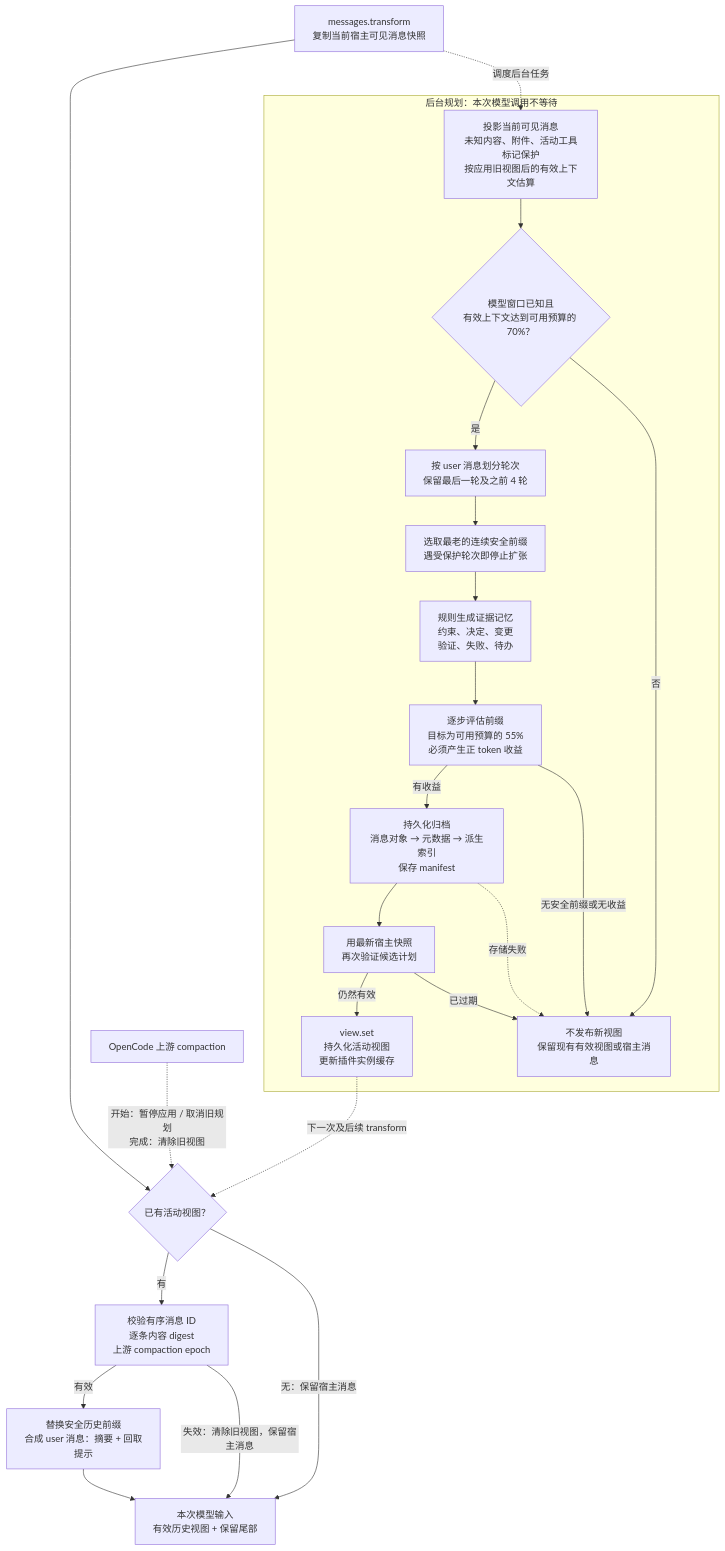
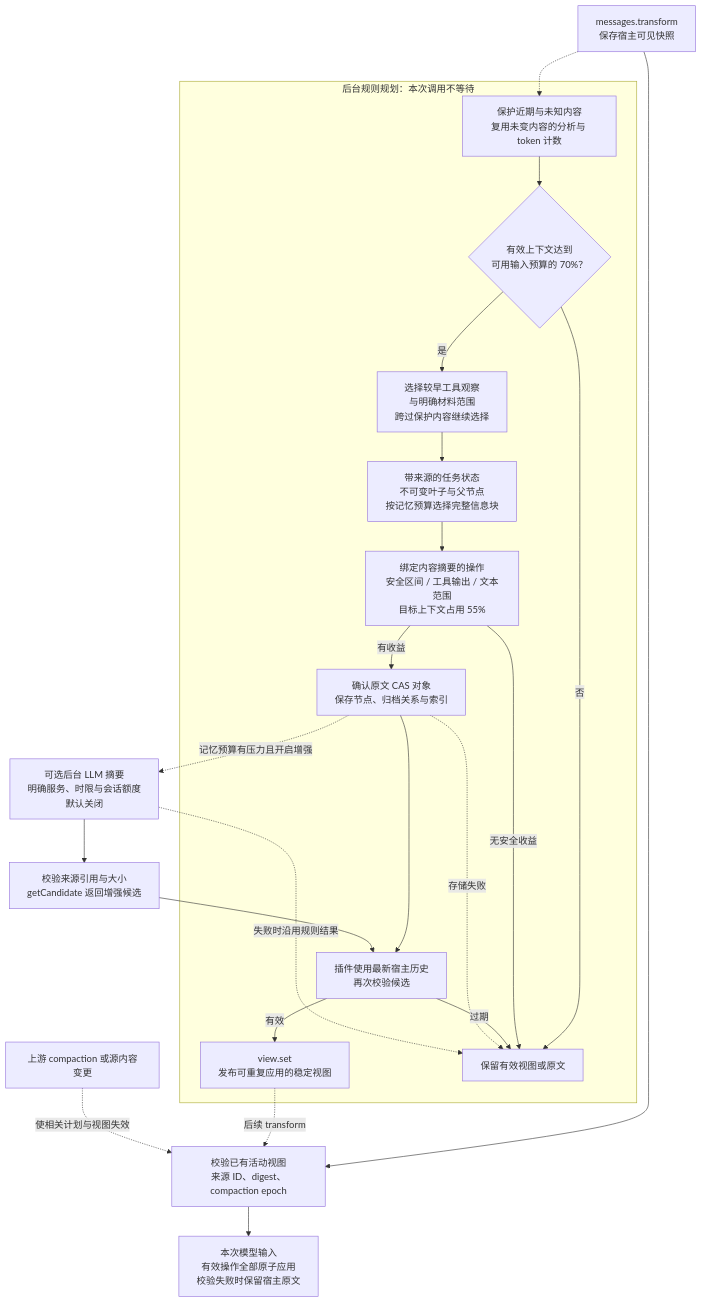
The third of 3 diagrams in README.zh-CN.md (EthyleneC2H4/Bluecode), drawn with Mermaid before and after one commit. The commit also changed other lines of this file and 2 other files, not shown here.

Commit message:
docs: refresh headroom architecture and evaluation results

````diff
--- a/README.zh-CN.md
+++ b/README.zh-CN.md
@@ -130,42 +134,38 @@
 ```mermaid
 flowchart TB
-    SNAP["messages.transform<br/>复制当前宿主可见消息快照"]
-    READY{"已有活动视图？"}
-    VERIFY["校验有序消息 ID<br/>逐条内容 digest<br/>上游 compaction epoch"]
-    APPLY["替换安全历史前缀<br/>合成 user 消息：摘要 + 回取提示"]
-    MODEL["本次模型输入<br/>有效历史视图 + 保留尾部"]
+    SNAP["messages.transform<br/>保存宿主可见快照"]
+    VIEW["校验已有活动视图<br/>来源 ID、digest、compaction epoch"]
+    MODEL["本次模型输入<br/>有效操作全部原子应用<br/>校验失败时保留宿主原文"]
+    SNAP --> VIEW --> MODEL
 
-    SNAP --> READY
-    READY -->|"有"| VERIFY
-    VERIFY -->|"有效"| APPLY --> MODEL
-    VERIFY -->|"失效：清除旧视图，保留宿主消息"| MODEL
-    READY -->|"无：保留宿主消息"| MODEL
+    subgraph BACKGROUND["后台规则规划：本次调用不等待"]
+        ANALYZE["保护近期与未知内容<br/>复用未变内容的分析与 token 计数"]
+        TRIGGER{"有效上下文达到<br/>可用输入预算的 70%？"}
+        MATERIAL["选择较早工具观察<br/>与明确材料范围<br/>跨过保护内容继续选择"]
+        MEMORY["带来源的任务状态<br/>不可变叶子与父节点<br/>按记忆预算选择完整信息块"]
+        PLAN["绑定内容摘要的操作<br/>安全区间 / 工具输出 / 文本范围<br/>目标上下文占用 55%"]
+        ARCHIVE["确认原文 CAS 对象<br/>保存节点、归档关系与索引"]
+        CHECK["插件使用最新宿主历史<br/>再次校验候选"]
+        PUBLISH["view.set<br/>发布可重复应用的稳定视图"]
+        KEEP["保留有效视图或原文"]
 
-    subgraph BACKGROUND["后台规划：本次模型调用不等待"]
-        PROJECT["投影当前可见消息<br/>未知内容、附件、活动工具标记保护<br/>按应用旧视图后的有效上下文估算"]
-        TRIGGER{"模型窗口已知且<br/>有效上下文达到可用预算的 70%？"}
-        TURNS["按 user 消息划分轮次<br/>保留最后一轮及之前 4 轮"]
-        PREFIX["选取最老的连续安全前缀<br/>遇受保护轮次即停止扩张"]
-        MEMORY["规则生成证据记忆<br/>约束、决定、变更<br/>验证、失败、待办"]
-        PLAN["逐步评估前缀<br/>目标为可用预算的 55%<br/>必须产生正 token 收益"]
-        ARCHIVE["持久化归档<br/>消息对象 → 元数据 → 派生索引<br/>保存 manifest"]
-        CHECK["用最新宿主快照<br/>再次验证候选计划"]
-        PUBLISH["view.set<br/>持久化活动视图<br/>更新插件实例缓存"]
-        SKIP["不发布新视图<br/>保留现有有效视图或宿主消息"]
-
-        PROJECT --> TRIGGER
-        TRIGGER -->|"是"| TURNS
-        TRIGGER -->|"否"| SKIP
-        TURNS --> PREFIX --> MEMORY --> PLAN
+        ANALYZE --> TRIGGER
+        TRIGGER -->|"是"| MATERIAL --> MEMORY --> PLAN
+        TRIGGER -->|"否"| KEEP
         PLAN -->|"有收益"| ARCHIVE --> CHECK
-        PLAN -->|"无安全前缀或无收益"| SKIP
-        CHECK -->|"仍然有效"| PUBLISH
-        CHECK -->|"已过期"| SKIP
-        ARCHIVE -.->|"存储失败"| SKIP
+        PLAN -->|"无安全收益"| KEEP
+        CHECK -->|"有效"| PUBLISH
+        CHECK -->|"过期"| KEEP
+        ARCHIVE -.->|"存储失败"| KEEP
     end
 
-    SNAP -.->|"调度后台任务"| PROJECT
-    PUBLISH -.->|"下一次及后续 transform"| READY
-    UP["OpenCode 上游 compaction"]
-    UP -.->|"开始：暂停应用 / 取消旧规划<br/>完成：清除旧视图"| READY
+    SUMMARY["可选后台 LLM 摘要<br/>明确服务、时限与会话额度<br/>默认关闭"]
+    CANDIDATE["校验来源引用与大小<br/>getCandidate 返回增强候选"]
+    SNAP -.-> ANALYZE
+    ARCHIVE -.->|"记忆预算有压力且开启增强"| SUMMARY
+    SUMMARY --> CANDIDATE --> CHECK
+    SUMMARY -.->|"失败时沿用规则结果"| KEEP
+    PUBLISH -.->|"后续 transform"| VIEW
+    UP["上游 compaction 或源内容变更"]
+    UP -.->|"使相关计划与视图失效"| VIEW
 ```
````
